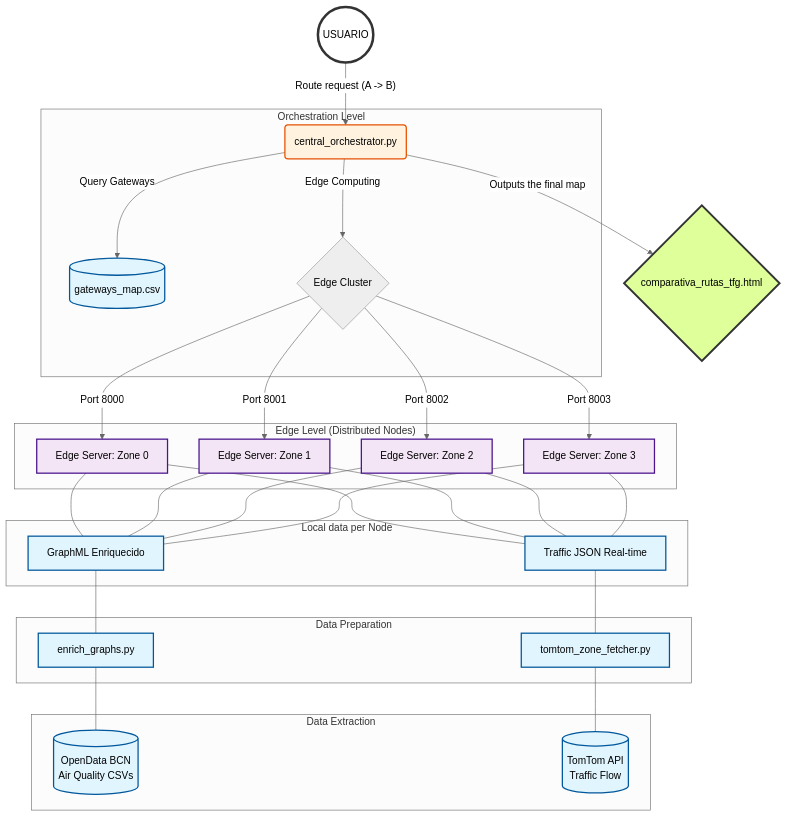
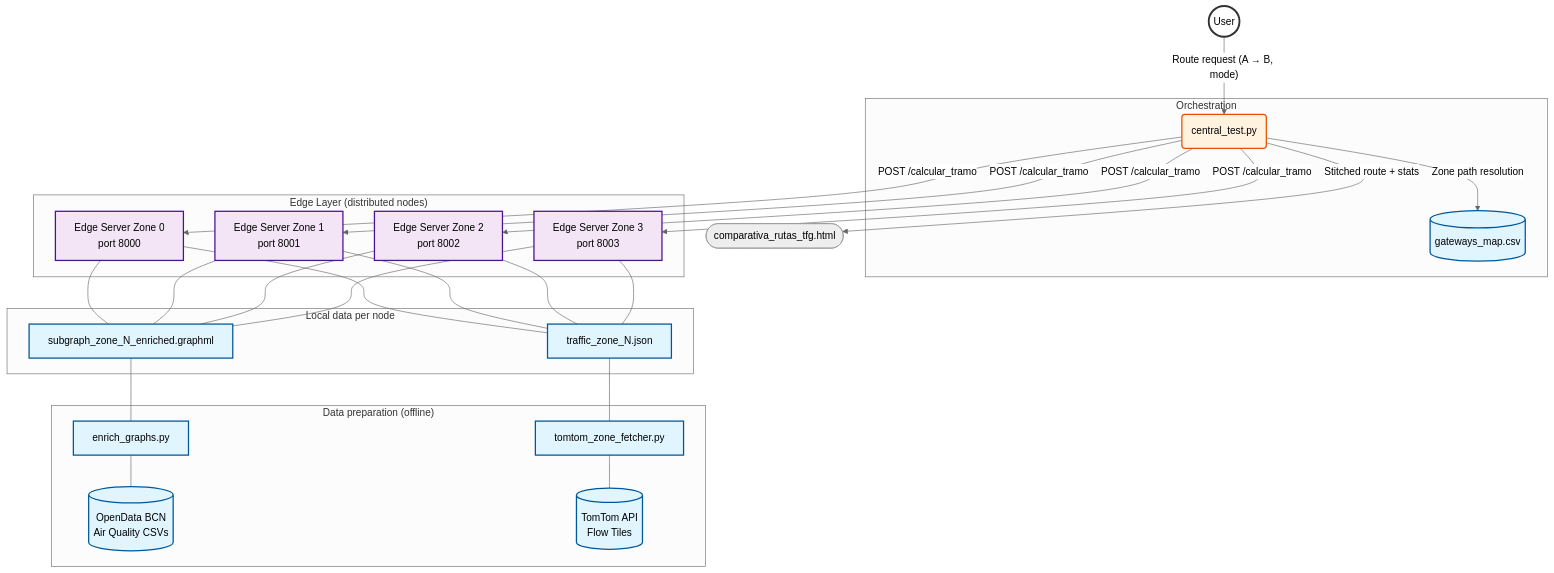
Before and after one commit to EricDuerrUPF/EcoRoutePlanner: the first of 2 diagrams in README.md, drawn with Mermaid (neutral theme). The commit also changed other lines of this file and 33 other files, not shown here.

````diff
--- a/README.md
+++ b/README.md
@@ -84,41 +147,34 @@
 ```mermaid
-graph TD
-    %% Estilos
-    classDef user fill:#fff,stroke:#333,stroke-width:4px;
-    classDef script fill:#fff3e0,stroke:#e65100,stroke-width:2px;
-    classDef server fill:#f3e5f5,stroke:#4a148c,stroke-width:2px;
-    classDef data fill:#e1f5fe,stroke:#01579b,stroke-width:2px;
+flowchart TD
+    classDef user fill:#fff,stroke:#333,stroke-width:3px
+    classDef script fill:#fff3e0,stroke:#e65100,stroke-width:2px
+    classDef server fill:#f3e5f5,stroke:#4a148c,stroke-width:2px
+    classDef data fill:#e1f5fe,stroke:#01579b,stroke-width:2px
 
-    U((USUARIO)):::user -- "Route request (A -> B)" --> CO(central_orchestrator.py):::script
+    U((User)):::user -- "Route request (A → B, mode)" --> CO(central_test.py):::script
 
-    subgraph "Orchestration Level"
-        CO -- "Query Gateways" --> GW[(gateways_map.csv)]:::data
-        CO -- "Edge Computing" --> EN
+    subgraph Orchestration
+        CO -- "Zone path resolution" --> GW[(gateways_map.csv)]:::data
     end
 
-    subgraph "Edge Level (Distributed Nodes)"
-        EN{Edge Cluster}
-        EN -- "Port 8000" --> S0[Edge Server: Zone 0]:::server
-        EN -- "Port 8001" --> S1[Edge Server: Zone 1]:::server
-        EN -- "Port 8002" --> S2[Edge Server: Zone 2]:::server
-        EN -- "Port 8003" --> S3[Edge Server: Zone 3]:::server
+    subgraph "Edge Layer (distributed nodes)"
+        CO -- "POST /calcular_tramo" --> S0[Edge Server Zone 0\nport 8000]:::server
+        CO -- "POST /calcular_tramo" --> S1[Edge Server Zone 1\nport 8001]:::server
+        CO -- "POST /calcular_tramo" --> S2[Edge Server Zone 2\nport 8002]:::server
+        CO -- "POST /calcular_tramo" --> S3[Edge Server Zone 3\nport 8003]:::server
     end
 
-    subgraph "Local data per Node"
-        S0 & S1 & S2 & S3 --- G[GraphML Enriquecido]:::data
-        S0 & S1 & S2 & S3 --- T[Traffic JSON Real-time]:::data
+    subgraph "Local data per node"
+        S0 & S1 & S2 & S3 --- G[subgraph_zone_N_enriched.graphml]:::data
+        S0 & S1 & S2 & S3 --- T[traffic_zone_N.json]:::data
     end
 
-    subgraph "Data Preparation"
+    subgraph "Data preparation (offline)"
         G --- E[enrich_graphs.py]:::data
         T --- D[tomtom_zone_fetcher.py]:::data
+        E --- F[(OpenData BCN\nAir Quality CSVs)]:::data
+        D --- H[(TomTom API\nFlow Tiles)]:::data
     end
 
-    subgraph "Data Extraction"
-        E --- F[(OpenData BCN<br/>Air Quality CSVs)]:::data
-        D --- H[(TomTom API<br/>Traffic Flow)]:::data
-    end
-
-    CO -- "Outputs the final map" --> Out{comparativa_rutas_tfg.html}
-    style Out fill:#deff9a,stroke:#333,stroke-width:3px
+    CO -- "Stitched route + stats" --> Out([comparativa_rutas_tfg.html])
 ```
````
